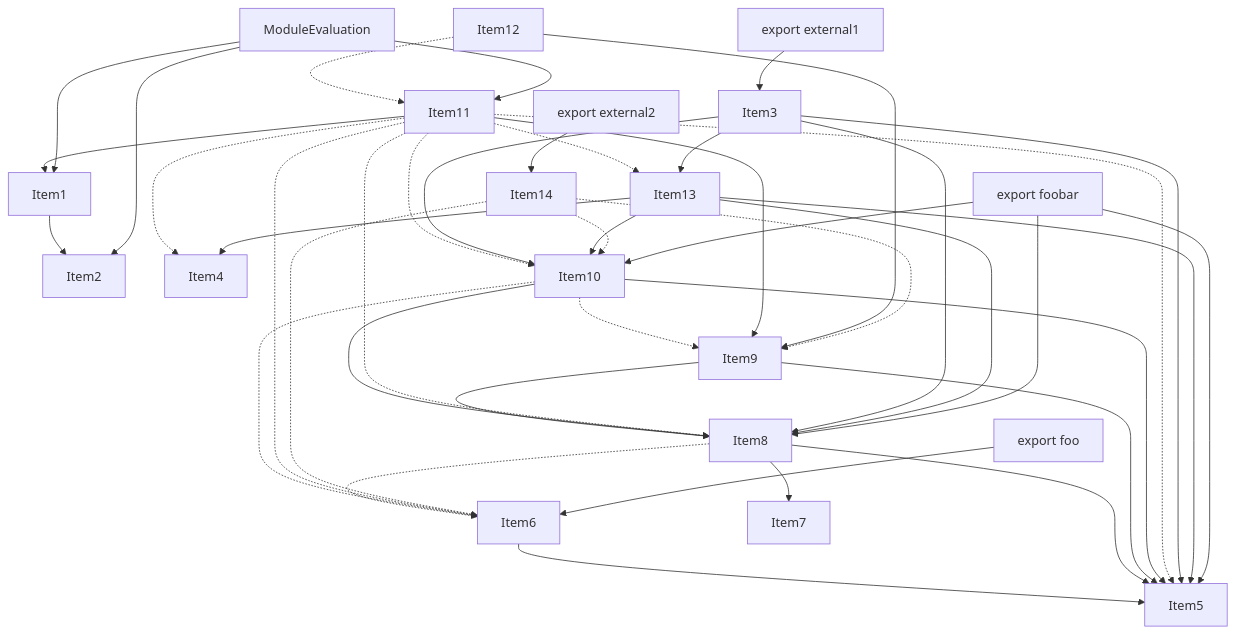
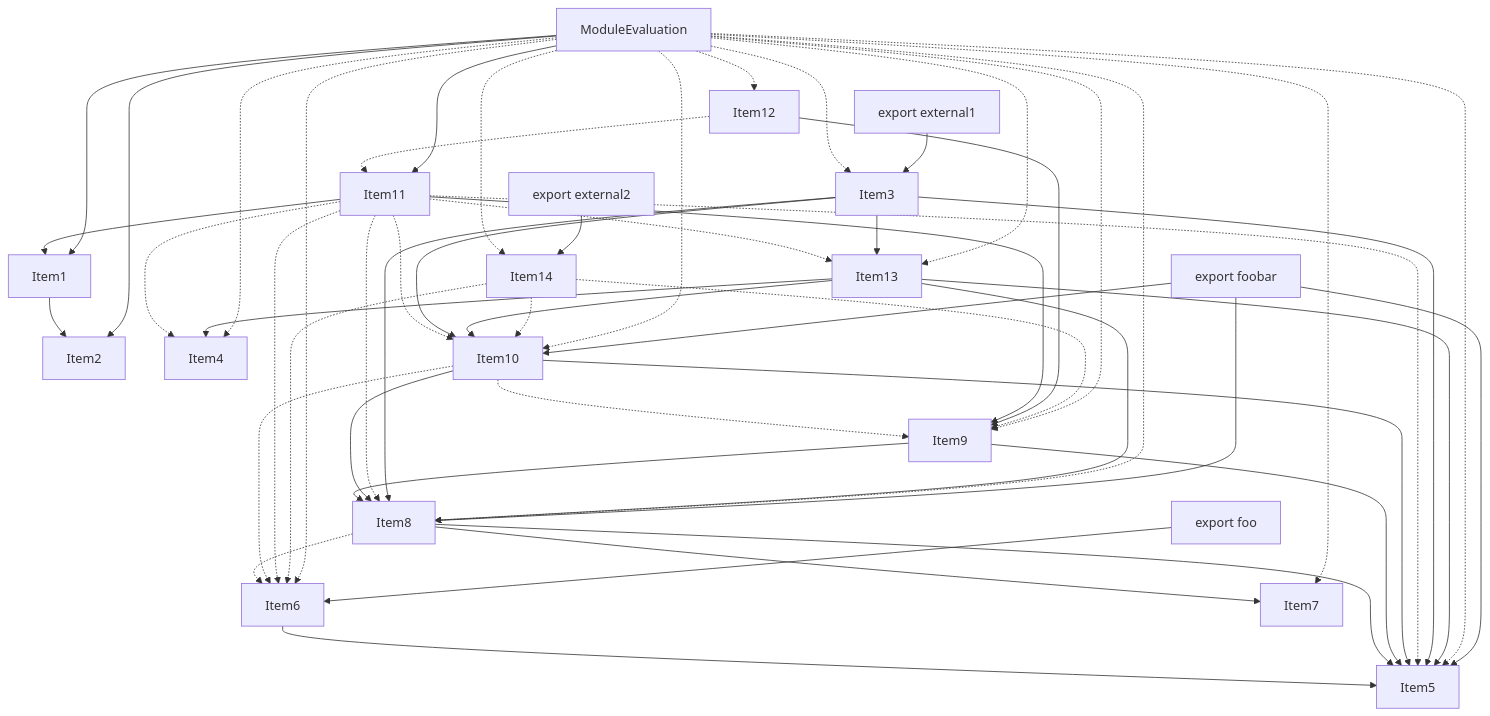
The fourth of 5 diagrams in crates/turbopack-ecmascript/tests/tree-shaker/analyzer/2/output.md (vercel/turborepo), drawn with Mermaid before and after one commit. The commit also changed other lines of this file and 3 other files, not shown here.

````diff
--- a/crates/turbopack-ecmascript/tests/tree-shaker/analyzer/2/output.md
+++ b/crates/turbopack-ecmascript/tests/tree-shaker/analyzer/2/output.md
@@ -288,68 +288,79 @@
 ```mermaid
 graph TD
     Item3;
     Item2;
     Item4;
     Item5;
     Item6;
     Item7;
     Item8;
     Item9;
     Item10;
     Item11;
     Item12;
     Item13;
     Item14;
     Item1;
     Item15;
     Item15["ModuleEvaluation"];
     Item16;
     Item16["export external1"];
     Item17;
     Item17["export foobar"];
     Item18;
     Item18["export foo"];
     Item19;
     Item19["export external2"];
     Item1 --> Item2;
     Item6 --> Item5;
     Item8 --> Item7;
     Item8 --> Item5;
     Item8 -.-> Item6;
     Item9 --> Item5;
     Item9 --> Item8;
     Item10 --> Item5;
     Item10 --> Item8;
     Item10 -.-> Item6;
     Item10 -.-> Item9;
     Item11 --> Item9;
     Item11 --> Item1;
     Item11 -.-> Item13;
     Item11 -.-> Item5;
     Item11 -.-> Item8;
     Item11 -.-> Item10;
     Item11 -.-> Item6;
     Item11 -.-> Item4;
     Item12 --> Item9;
     Item12 -.-> Item11;
     Item3 --> Item13;
     Item3 --> Item5;
     Item3 --> Item8;
     Item3 --> Item10;
     Item13 --> Item4;
     Item13 --> Item5;
     Item13 --> Item8;
     Item13 --> Item10;
     Item14 -.-> Item6;
     Item14 -.-> Item9;
     Item14 -.-> Item10;
     Item15 --> Item2;
     Item15 --> Item1;
     Item15 --> Item11;
+    Item15 -.-> Item3;
+    Item15 -.-> Item4;
+    Item15 -.-> Item5;
+    Item15 -.-> Item8;
+    Item15 -.-> Item10;
+    Item15 -.-> Item6;
+    Item15 -.-> Item9;
+    Item15 -.-> Item7;
+    Item15 -.-> Item12;
+    Item15 -.-> Item13;
+    Item15 -.-> Item14;
     Item16 --> Item3;
     Item17 --> Item5;
     Item17 --> Item8;
     Item17 --> Item10;
     Item18 --> Item6;
     Item19 --> Item14;
 ```
````
